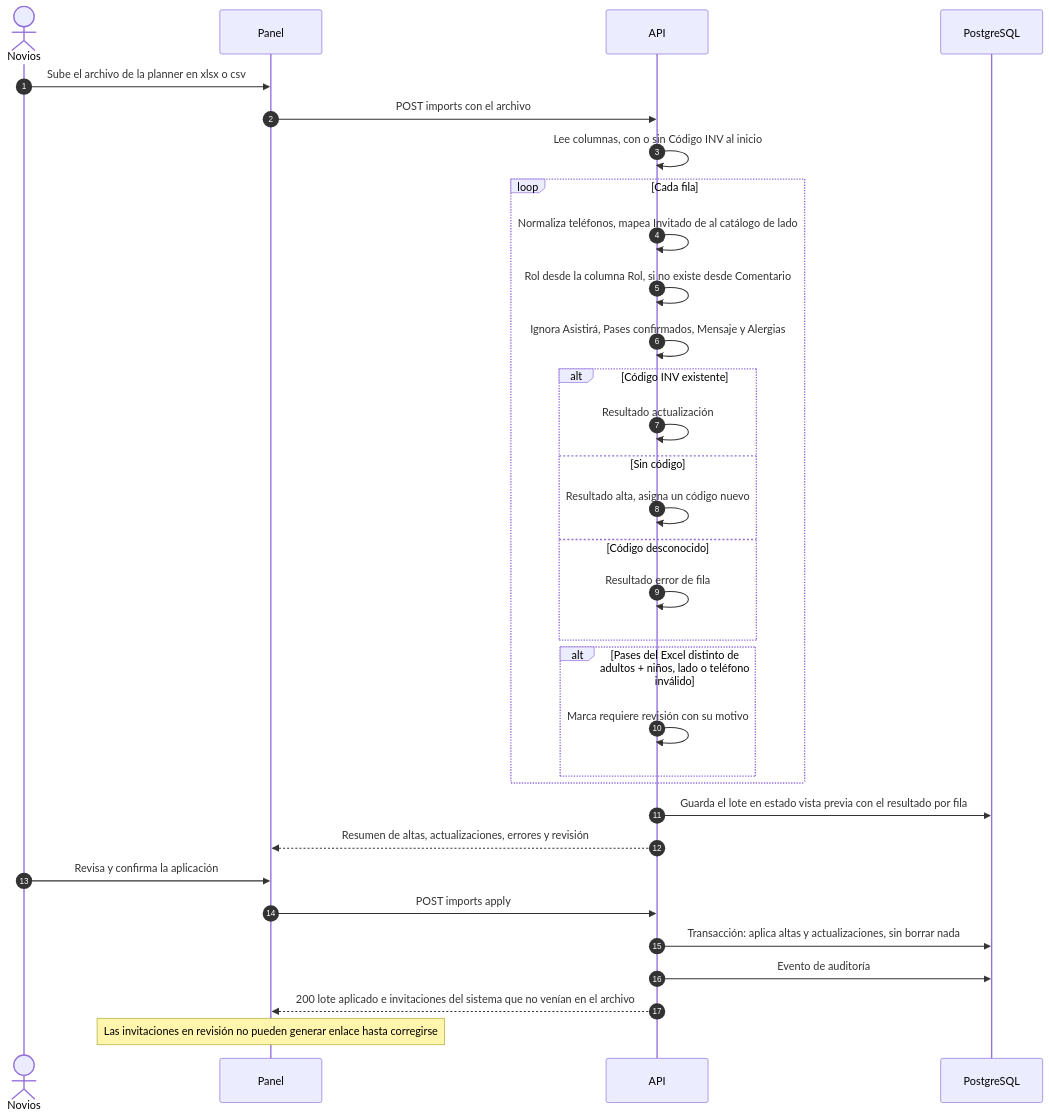
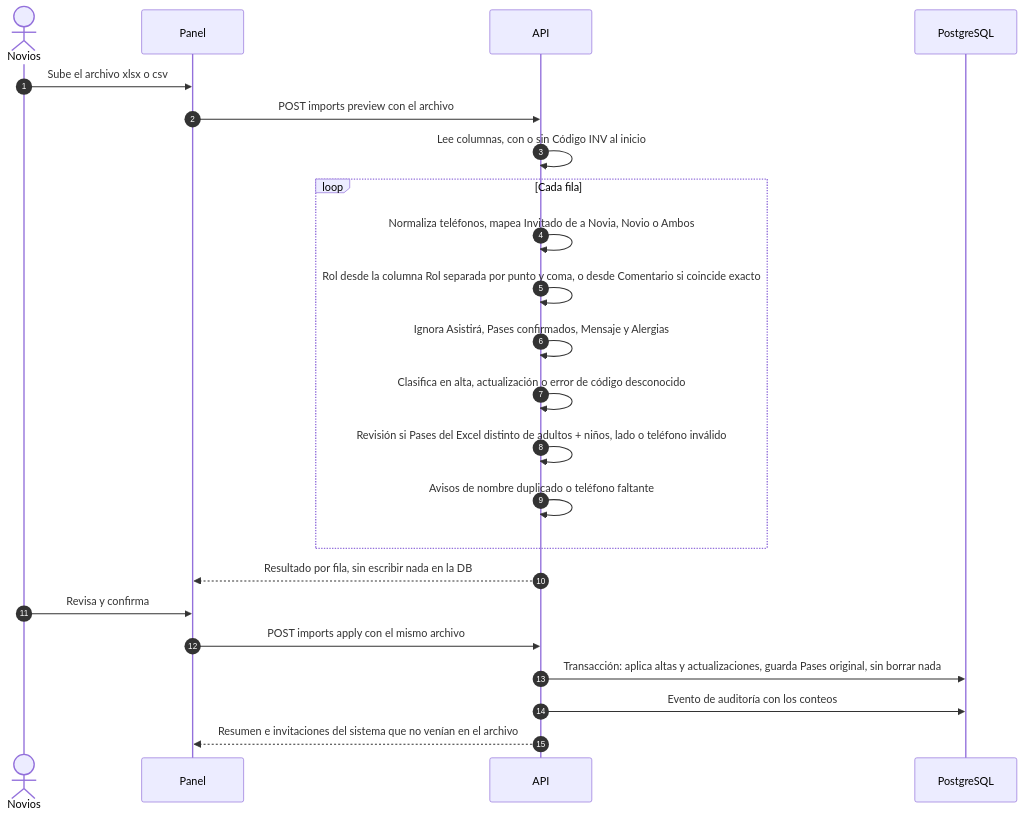
Before and after one commit to Mayra-ux/ma-wedding: the fourth of 6 diagrams in docs/architecture/04-flujos-admin.md, drawn with Mermaid. The commit also changed other lines of this file and 26 other files, not shown here.

````diff
--- a/docs/architecture/04-flujos-admin.md
+++ b/docs/architecture/04-flujos-admin.md
@@ -83,35 +92,26 @@
 ```mermaid
 sequenceDiagram
   autonumber
   actor N as Novios
   participant P as Panel
   participant A as API
   participant D as PostgreSQL
 
-  N->>P: Sube el archivo de la planner en xlsx o csv
-  P->>A: POST imports con el archivo
+  N->>P: Sube el archivo xlsx o csv
+  P->>A: POST imports preview con el archivo
   A->>A: Lee columnas, con o sin Código INV al inicio
   loop Cada fila
-    A->>A: Normaliza teléfonos, mapea Invitado de al catálogo de lado
-    A->>A: Rol desde la columna Rol, si no existe desde Comentario
+    A->>A: Normaliza teléfonos, mapea Invitado de a Novia, Novio o Ambos
+    A->>A: Rol desde la columna Rol separada por punto y coma, o desde Comentario si coincide exacto
     A->>A: Ignora Asistirá, Pases confirmados, Mensaje y Alergias
-    alt Código INV existente
-      A->>A: Resultado actualización
-    else Sin código
-      A->>A: Resultado alta, asigna un código nuevo
-    else Código desconocido
-      A->>A: Resultado error de fila
-    end
-    alt Pases del Excel distinto de adultos + niños, lado o teléfono inválido
-      A->>A: Marca requiere revisión con su motivo
-    end
+    A->>A: Clasifica en alta, actualización o error de código desconocido
+    A->>A: Revisión si Pases del Excel distinto de adultos + niños, lado o teléfono inválido
+    A->>A: Avisos de nombre duplicado o teléfono faltante
   end
-  A->>D: Guarda el lote en estado vista previa con el resultado por fila
-  A-->>P: Resumen de altas, actualizaciones, errores y revisión
-  N->>P: Revisa y confirma la aplicación
-  P->>A: POST imports apply
-  A->>D: Transacción: aplica altas y actualizaciones, sin borrar nada
-  A->>D: Evento de auditoría
-  A-->>P: 200 lote aplicado e invitaciones del sistema que no venían en el archivo
-  Note over P: Las invitaciones en revisión no pueden generar enlace hasta corregirse
+  A-->>P: Resultado por fila, sin escribir nada en la DB
+  N->>P: Revisa y confirma
+  P->>A: POST imports apply con el mismo archivo
+  A->>D: Transacción: aplica altas y actualizaciones, guarda Pases original, sin borrar nada
+  A->>D: Evento de auditoría con los conteos
+  A-->>P: Resumen e invitaciones del sistema que no venían en el archivo
 ```
````
